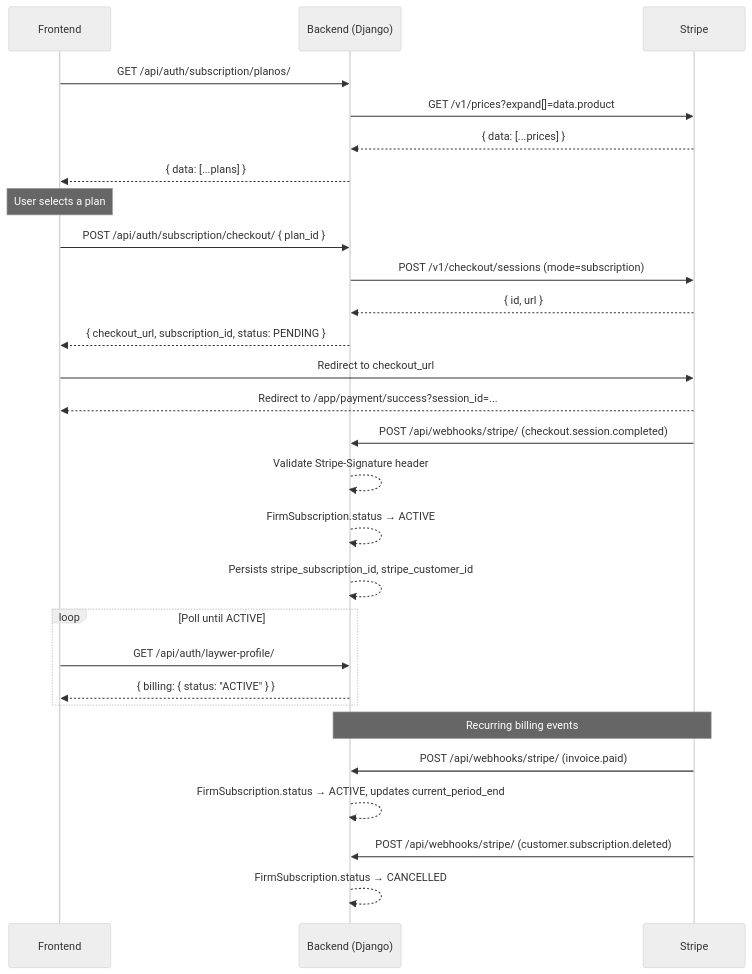
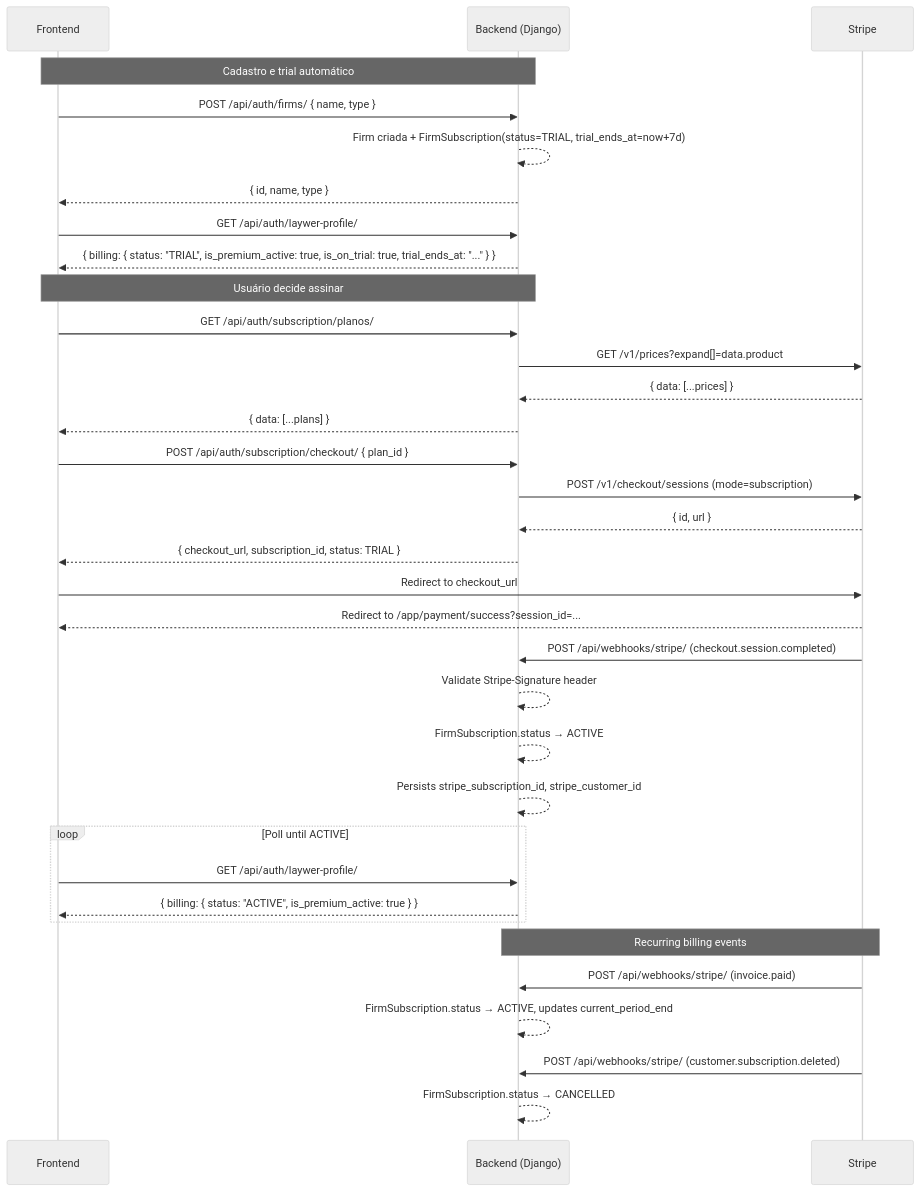
The diagram in docs/stripe-payment.md (Jeferson7770/Desafio-Pokedex), drawn with Mermaid (neutral theme) before and after one commit. The commit also changed other lines of this file and 5 other files, not shown here.

````diff
--- a/docs/stripe-payment.md
+++ b/docs/stripe-payment.md
@@ -257,39 +330,46 @@
 ```mermaid
 sequenceDiagram
   participant FE as Frontend
   participant BE as Backend (Django)
   participant ST as Stripe
 
+  Note over FE,BE: Cadastro e trial automático
+  FE->>BE: POST /api/auth/firms/ { name, type }
+  BE-->>BE: Firm criada + FirmSubscription(status=TRIAL, trial_ends_at=now+7d)
+  BE-->>FE: { id, name, type }
+
+  FE->>BE: GET /api/auth/laywer-profile/
+  BE-->>FE: { billing: { status: "TRIAL", is_premium_active: true, is_on_trial: true, trial_ends_at: "..." } }
+
+  Note over FE,BE: Usuário decide assinar
   FE->>BE: GET /api/auth/subscription/planos/
   BE->>ST: GET /v1/prices?expand[]=data.product
   ST-->>BE: { data: [...prices] }
   BE-->>FE: { data: [...plans] }
 
-  Note over FE: User selects a plan
-
   FE->>BE: POST /api/auth/subscription/checkout/ { plan_id }
   BE->>ST: POST /v1/checkout/sessions (mode=subscription)
   ST-->>BE: { id, url }
-  BE-->>FE: { checkout_url, subscription_id, status: PENDING }
+  BE-->>FE: { checkout_url, subscription_id, status: TRIAL }
   FE->>ST: Redirect to checkout_url
 
   ST-->>FE: Redirect to /app/payment/success?session_id=...
 
   ST->>BE: POST /api/webhooks/stripe/ (checkout.session.completed)
   BE-->>BE: Validate Stripe-Signature header
   BE-->>BE: FirmSubscription.status → ACTIVE
   BE-->>BE: Persists stripe_subscription_id, stripe_customer_id
 
   loop Poll until ACTIVE
     FE->>BE: GET /api/auth/laywer-profile/
-    BE-->>FE: { billing: { status: "ACTIVE" } }
+    BE-->>FE: { billing: { status: "ACTIVE", is_premium_active: true } }
   end
 
   Note over ST,BE: Recurring billing events
 
   ST->>BE: POST /api/webhooks/stripe/ (invoice.paid)
   BE-->>BE: FirmSubscription.status → ACTIVE, updates current_period_end
 
   ST->>BE: POST /api/webhooks/stripe/ (customer.subscription.deleted)
   BE-->>BE: FirmSubscription.status → CANCELLED
 ```
````
